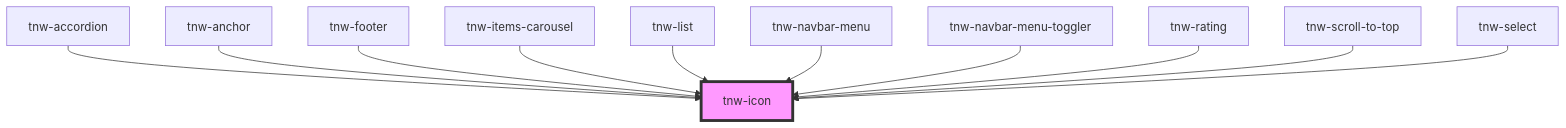
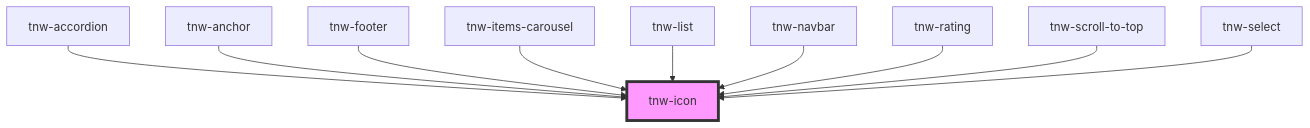
The diagram in packages/stencil-library/src/components/tnw-icon/readme.md (technway/technway-component-library), drawn with Mermaid before and after one commit. The commit also changed other lines of this file and 98 other files, not shown here.

````diff
--- a/packages/stencil-library/src/components/tnw-icon/readme.md
+++ b/packages/stencil-library/src/components/tnw-icon/readme.md
@@ -100,14 +99,13 @@
 ```mermaid
 graph TD;
   tnw-accordion --> tnw-icon
   tnw-anchor --> tnw-icon
   tnw-footer --> tnw-icon
   tnw-items-carousel --> tnw-icon
   tnw-list --> tnw-icon
-  tnw-navbar-menu --> tnw-icon
-  tnw-navbar-menu-toggler --> tnw-icon
+  tnw-navbar --> tnw-icon
   tnw-rating --> tnw-icon
   tnw-scroll-to-top --> tnw-icon
   tnw-select --> tnw-icon
   style tnw-icon fill:#f9f,stroke:#333,stroke-width:4px
 ```
````
